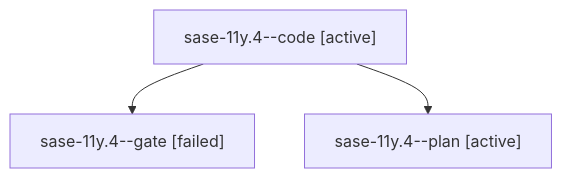
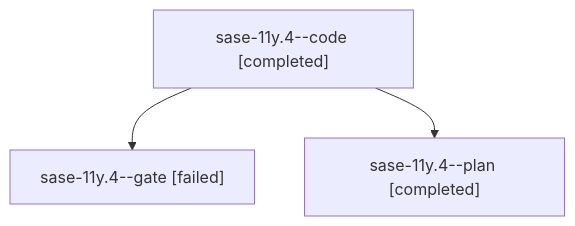
Before and after one commit to sase-org/sase--agents: the diagram in families/bbugyi200.athena.sase-11y.4.md, drawn with Mermaid. The commit also changed other lines of this file and 157 other files, not shown here.

````diff
--- a/families/bbugyi200.athena.sase-11y.4.md
+++ b/families/bbugyi200.athena.sase-11y.4.md
@@ -9,8 +9,8 @@
 ```mermaid
 flowchart TD
-  n0["sase-11y.4--code [active]"]
+  n0["sase-11y.4--code [completed]"]
   n1["sase-11y.4--gate [failed]"]
   n0 --> n1
-  n2["sase-11y.4--plan [active]"]
+  n2["sase-11y.4--plan [completed]"]
   n0 --> n2
 ```
````
